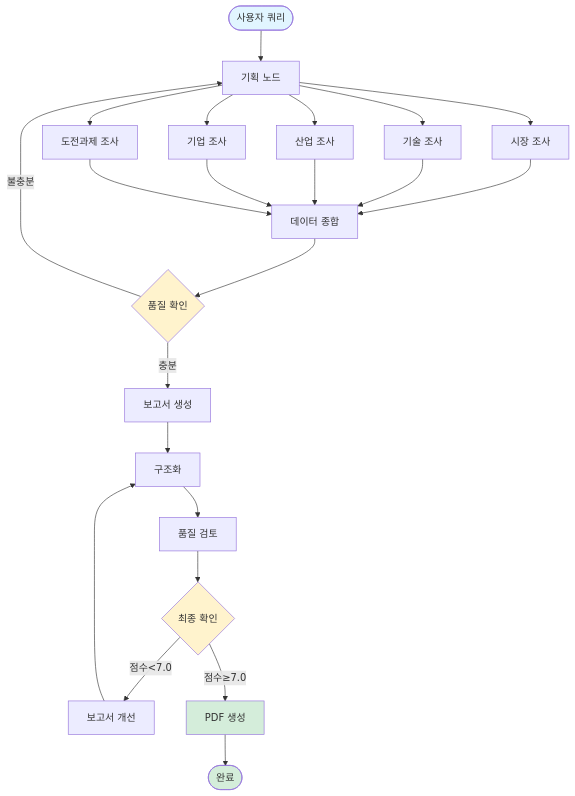
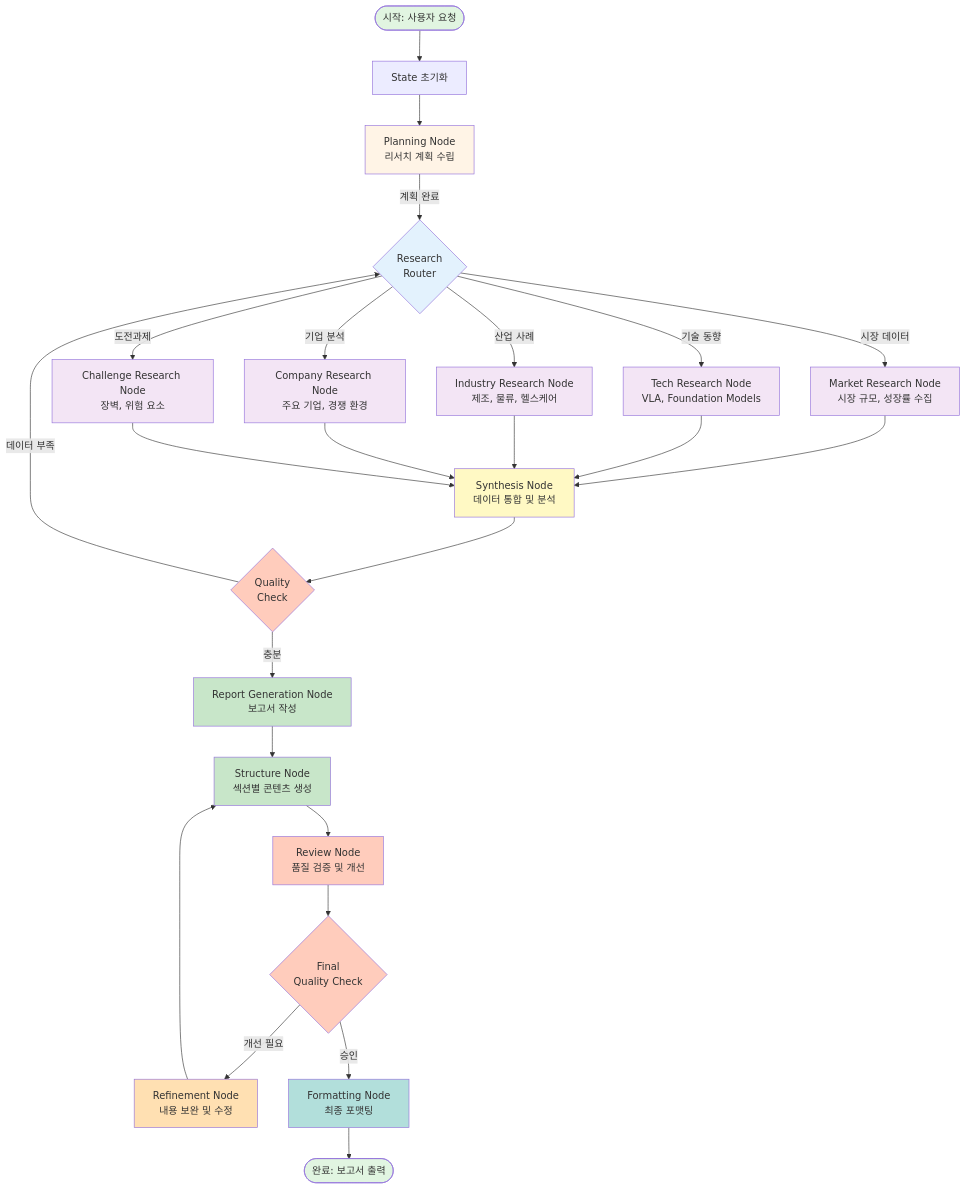
One commit to K-coder555/AI-Agent-Mini-Project changed the diagram in README.md. Above: the diagram before and after it, drawn with Mermaid. The commit also changed other lines of this file, not shown here.

````diff
--- a/README.md
+++ b/README.md
@@ -57,36 +57,57 @@
 ```mermaid
-graph TB
-    Start([사용자 쿼리]) --> Planning[기획 노드]
+
+graph TD
+    Start([시작: 사용자 요청]) --> Init[State 초기화]
     
-    Planning --> Market[시장 조사]
-    Planning --> Tech[기술 조사]
-    Planning --> Industry[산업 조사]
-    Planning --> Company[기업 조사]
-    Planning --> Challenge[도전과제 조사]
+    Init --> Planner[Planning Node<br/>리서치 계획 수립]
     
-    Market --> Synthesis[데이터 종합]
-    Tech --> Synthesis
-    Industry --> Synthesis
-    Company --> Synthesis
-    Challenge --> Synthesis
+    Planner --> |계획 완료| ResearchRouter{Research<br/>Router}
     
-    Synthesis --> QCheck{품질 확인}
-    QCheck -->|불충분| Planning
-    QCheck -->|충분| Generate[보고서 생성]
+    ResearchRouter --> |시장 데이터| Market[Market Research Node<br/>시장 규모, 성장률 수집]
+    ResearchRouter --> |기술 동향| Tech[Tech Research Node<br/>VLA, Foundation Models]
+    ResearchRouter --> |산업 사례| Industry[Industry Research Node<br/>제조, 물류, 헬스케어]
+    ResearchRouter --> |기업 분석| Company[Company Research Node<br/>주요 기업, 경쟁 환경]
+    ResearchRouter --> |도전과제| Challenge[Challenge Research Node<br/>장벽, 위험 요소]
     
-    Generate --> Structure[구조화]
-    Structure --> Review[품질 검토]
+    Market --> Synthesizer[Synthesis Node<br/>데이터 통합 및 분석]
+    Tech --> Synthesizer
+    Industry --> Synthesizer
+    Company --> Synthesizer
+    Challenge --> Synthesizer
     
-    Review --> FCheck{최종 확인}
-    FCheck -->|점수<7.0| Refine[보고서 개선]
-    FCheck -->|점수≥7.0| Format[PDF 생성]
+    Synthesizer --> QualityCheck{Quality<br/>Check}
     
+    QualityCheck --> |데이터 부족| ResearchRouter
+    QualityCheck --> |충분| ReportGen[Report Generation Node<br/>보고서 작성]
+    
+    ReportGen --> Structure[Structure Node<br/>섹션별 콘텐츠 생성]
+    
+    Structure --> Review[Review Node<br/>품질 검증 및 개선]
+    
+    Review --> FinalCheck{Final<br/>Quality Check}
+    
+    FinalCheck --> |개선 필요| Refine[Refinement Node<br/>내용 보완 및 수정]
     Refine --> Structure
-    Format --> End([완료])
     
-    style Start fill:#e1f5ff
-    style End fill:#d4edda
-    style QCheck fill:#fff3cd
-    style FCheck fill:#fff3cd
-    style Format fill:#d4edda
+    FinalCheck --> |승인| Format[Formatting Node<br/>최종 포맷팅]
+    
+    Format --> End([완료: 보고서 출력])
+    
+    style Start fill:#e1f5e1
+    style End fill:#e1f5e1
+    style Planner fill:#fff4e6
+    style ResearchRouter fill:#e3f2fd
+    style Market fill:#f3e5f5
+    style Tech fill:#f3e5f5
+    style Industry fill:#f3e5f5
+    style Company fill:#f3e5f5
+    style Challenge fill:#f3e5f5
+    style Synthesizer fill:#fff9c4
+    style QualityCheck fill:#ffccbc
+    style ReportGen fill:#c8e6c9
+    style Structure fill:#c8e6c9
+    style Review fill:#ffccbc
+    style FinalCheck fill:#ffccbc
+    style Refine fill:#ffe0b2
+    style Format fill:#b2dfdb
 ```
````
